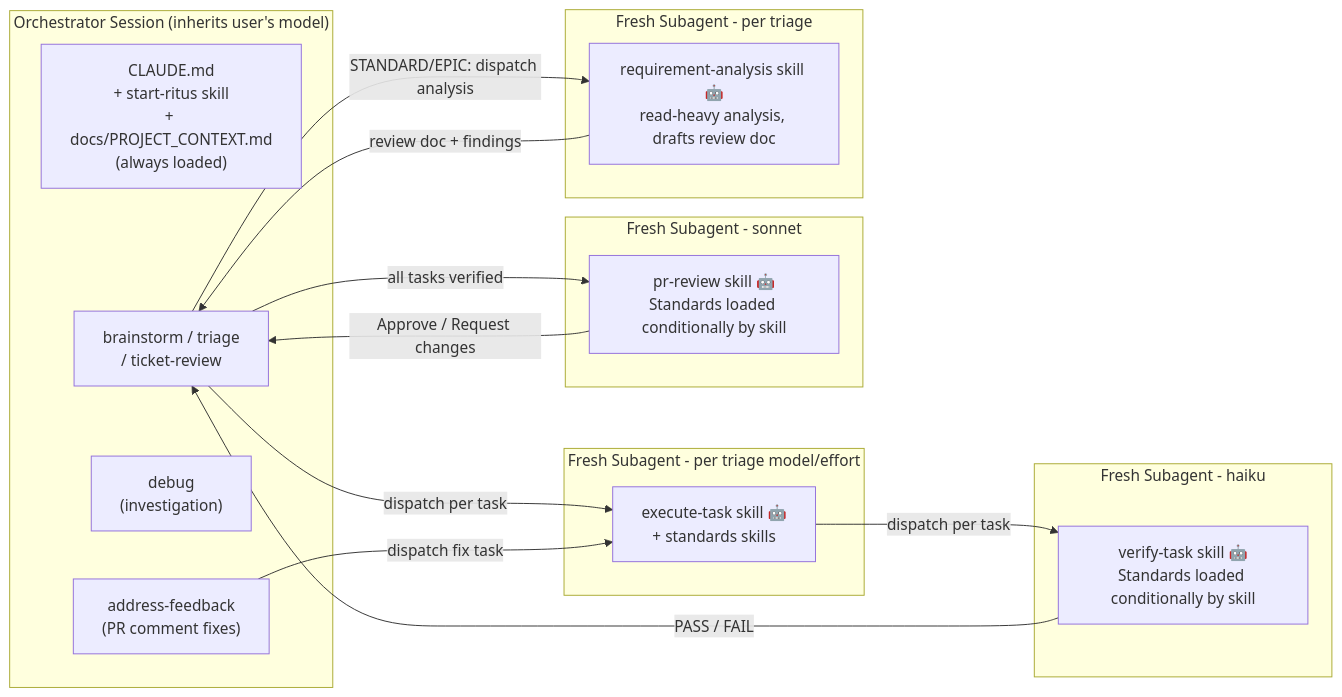
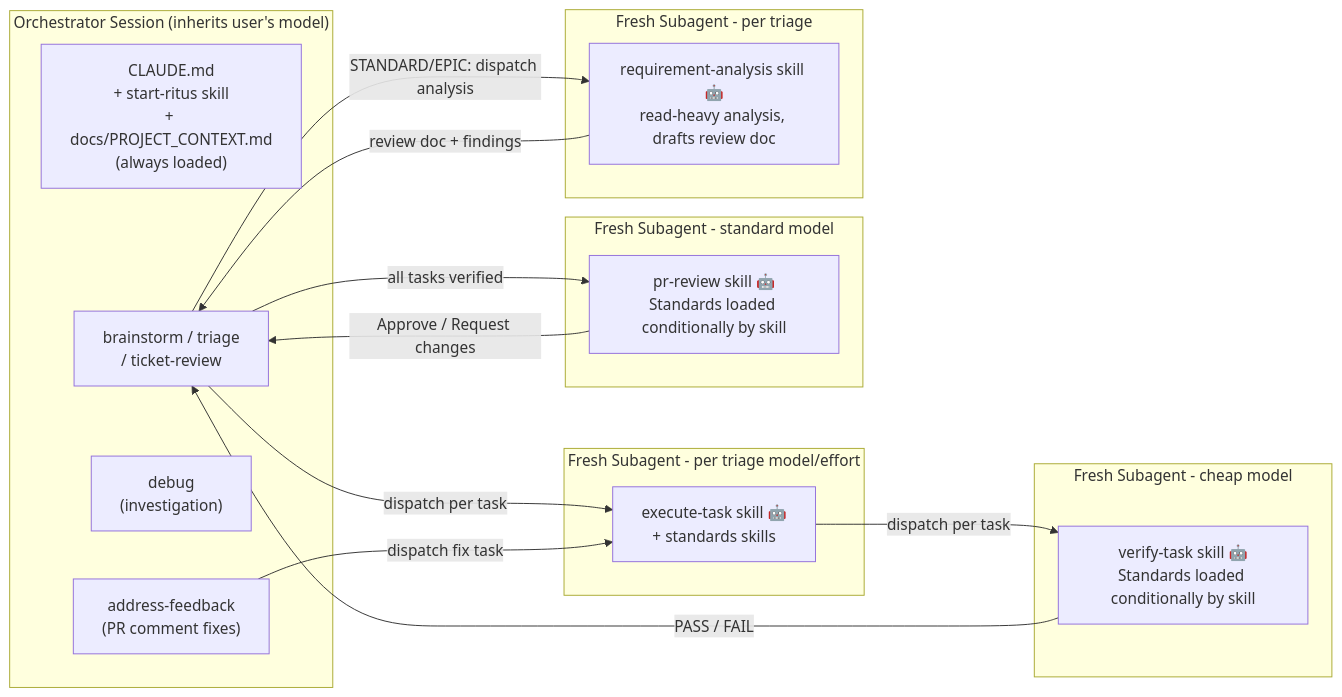
The sixth of 8 diagrams in docs/WORKFLOW_DIAGRAMS.md (precise-alloy/ritus), drawn with Mermaid before and after one commit. The commit also changed other lines of this file and 6 other files, not shown here.

````diff
--- a/docs/WORKFLOW_DIAGRAMS.md
+++ b/docs/WORKFLOW_DIAGRAMS.md
@@ -207,34 +207,34 @@
 ```mermaid
 flowchart LR
     subgraph "Orchestrator Session (inherits user's model)"
         A["CLAUDE.md\n+ start-ritus skill\n+ docs/PROJECT_CONTEXT.md\n(always loaded)"]
         B["brainstorm / triage\n/ ticket-review"]
         D["debug\n(investigation)"]
         E["address-feedback\n(PR comment fixes)"]
     end
 
     subgraph "Fresh Subagent - per triage model/effort"
         C["execute-task skill 🤖\n+ standards skills"]
     end
 
-    subgraph "Fresh Subagent - haiku"
+    subgraph "Fresh Subagent - cheap model"
         V["verify-task skill 🤖\nStandards loaded conditionally by skill"]
     end
 
-    subgraph "Fresh Subagent - sonnet"
+    subgraph "Fresh Subagent - standard model"
         R["pr-review skill 🤖\nStandards loaded conditionally by skill"]
     end
 
     subgraph "Fresh Subagent - per triage"
         RA["requirement-analysis skill 🤖\nread-heavy analysis, drafts review doc"]
     end
 
     B -- "STANDARD/EPIC: dispatch analysis" --> RA
     RA -- "review doc + findings" --> B
     B -- "dispatch per task" --> C
     C -- "dispatch per task" --> V
     V -- "PASS / FAIL" --> B
     B -- "all tasks verified" --> R
     R -- "Approve / Request changes" --> B
     E -- "dispatch fix task" --> C
 ```
````
